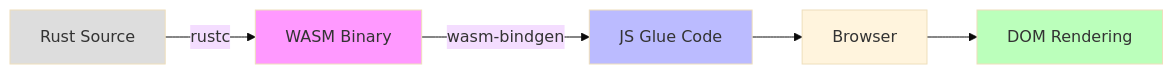
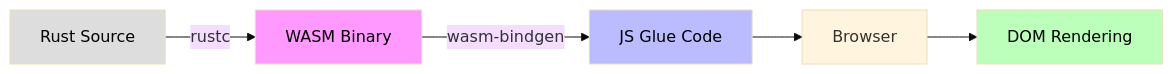
Before and after one commit to sw-game-dev/game-mcp-poc: the second of 6 diagrams in wiki/Architecture-Overview.md, drawn with Mermaid (base theme). The commit also changed other lines of this file and 4 other files, not shown here.

First line of the commit message:
fix: Improve mermaid diagram text contrast

````diff
--- a/wiki/Architecture-Overview.md
+++ b/wiki/Architecture-Overview.md
@@ -77,12 +77,12 @@
 ```mermaid
 graph LR
     A[Rust Source] -->|rustc| B[WASM Binary]
     B -->|wasm-bindgen| C[JS Glue Code]
     C --> D[Browser]
     D --> E[DOM Rendering]
 
-    style A fill:#ddd
-    style B fill:#f9f
-    style C fill:#bbf
-    style E fill:#bfb
+    style A fill:#ddd,color:#000
+    style B fill:#f9f,color:#000
+    style C fill:#bbf,color:#000
+    style E fill:#bfb,color:#000
 ```
````
